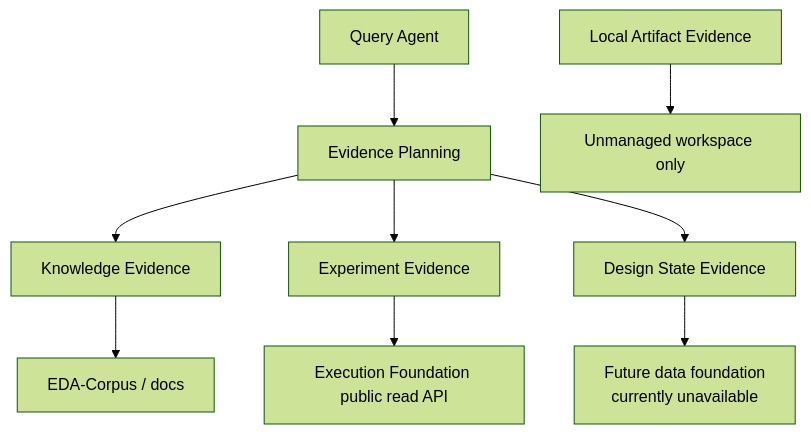
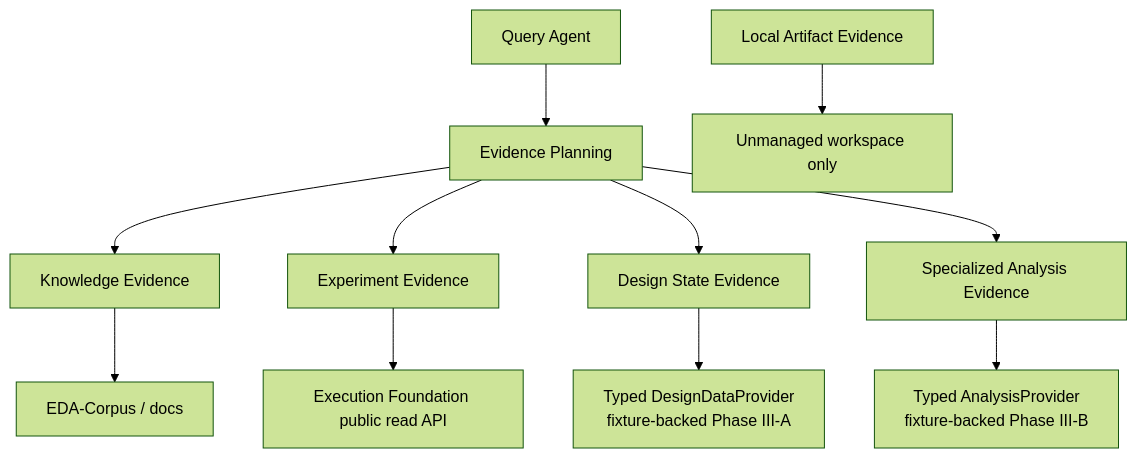
The first of 3 diagrams in docs/architecture.md (CODA-Team/ChipEvolve), drawn with Mermaid (forest theme) before and after one commit. The commit also changed other lines of this file and 28 other files, not shown here.

Commit message:
phase3b: add typed timing analysis understanding

````diff
--- a/docs/architecture.md
+++ b/docs/architecture.md
@@ -29,11 +29,13 @@
 ```mermaid
 flowchart TD
     Q[Query Agent] --> P[Evidence Planning]
     P --> K[Knowledge Evidence]
     P --> E[Experiment Evidence]
     P --> D[Design State Evidence]
+    P --> A[Specialized Analysis Evidence]
     K --> C[EDA-Corpus / docs]
     E --> F[Execution Foundation public read API]
-    D --> U[Future data foundation\ncurrently unavailable]
+    D --> U[Typed DesignDataProvider\nfixture-backed Phase III-A]
+    A --> T[Typed AnalysisProvider\nfixture-backed Phase III-B]
     L[Local Artifact Evidence] --> W[Unmanaged workspace only]
 ```
````
